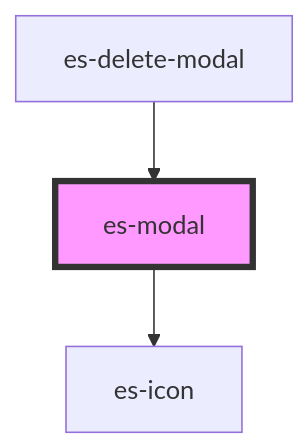
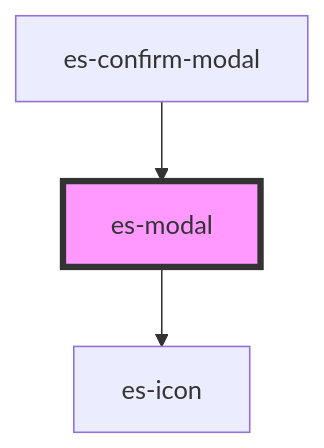
Before and after one commit to EventStore/Design-System: the diagram in packages/components/src/components/es-modal/readme.md, drawn with Mermaid. The commit also changed other lines of this file and 30 other files, not shown here.

Commit message:
Rework `es-action-delete` to `es-action-with-confirmation` to be more generic - Rename / rework `es-delete-modal` to `es-confirm-modal` - Replace `es-action-delete` with `ActionDelete` - Replace `es-action-copy` with `ActionCopy` - Update usage and demos

````diff
--- a/packages/components/src/components/es-modal/readme.md
+++ b/packages/components/src/components/es-modal/readme.md
@@ -125,6 +125,6 @@
 ```mermaid
 graph TD;
   es-modal --> es-icon
-  es-delete-modal --> es-modal
+  es-confirm-modal --> es-modal
   style es-modal fill:#f9f,stroke:#333,stroke-width:4px
 ```
````
